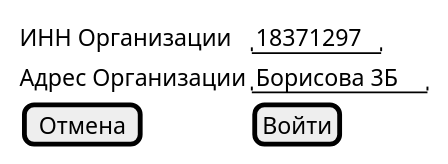
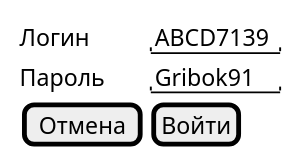
The diagram in uml-диаграммы/Администратор/окно_регистрации_администратора.puml (BombasticFantastik/PIS_Course_work), drawn with PlantUML before and after one commit. The commit also changed 36 other files, not shown here.

```diff
--- a/uml-диаграммы/Администратор/окно_регистрации_администратора.puml
+++ b/uml-диаграммы/Администратор/окно_регистрации_администратора.puml
@@ -1,9 +1,9 @@
 @startsalt Вход
 
 {
-  ИНН Организации | "18371297"
-  Адрес Организации | "Борисова 3Б"
+  Логин | "ABCD7139"
+  Пароль|"Gribok91"
   [Отмена ]|[Войти]
 }
 
 @endsalt
```
